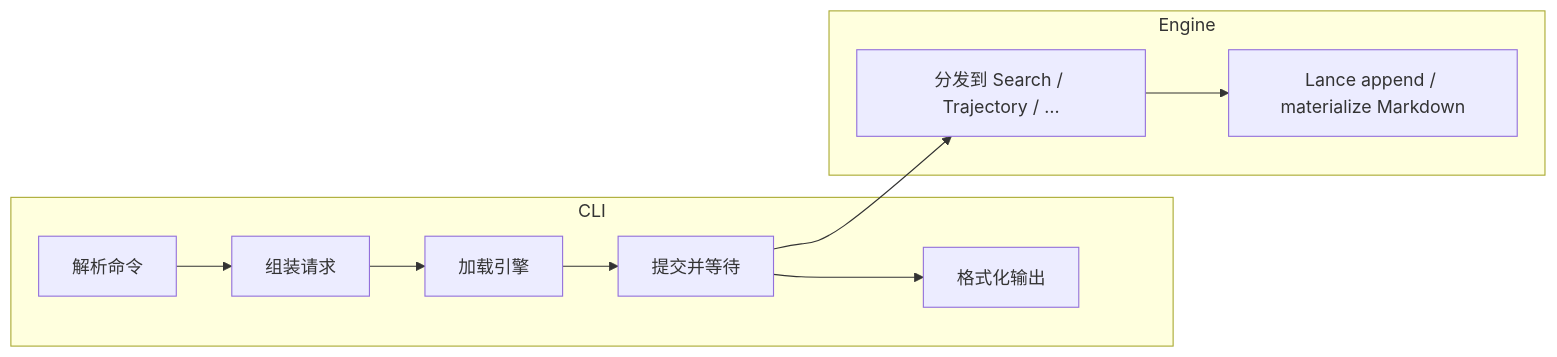
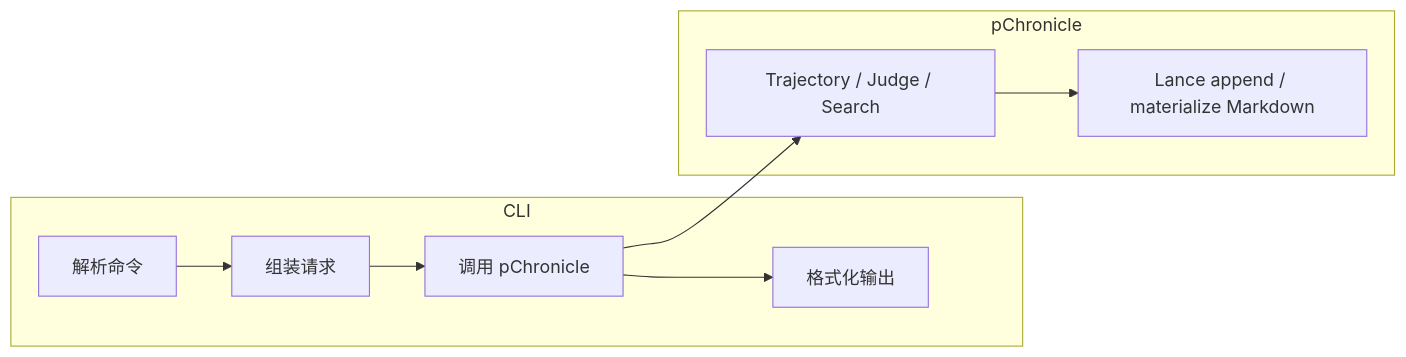
One commit to DeepLink-org/Persisting changed the diagram in docs/src/design/cli.md. Above: the diagram before and after it, drawn with Mermaid. The commit also changed other lines of this file and 236 other files, not shown here.

````diff
--- a/docs/src/design/cli.md
+++ b/docs/src/design/cli.md
@@ -135,13 +112,12 @@
 ```mermaid
 flowchart LR
   subgraph CLI
     A[解析命令] --> B[组装请求]
-    B --> C[加载引擎]
-    C --> D[提交并等待]
+    B --> D[调用 pChronicle]
     D --> E[格式化输出]
   end
-  subgraph Engine
-    D --> F[分发到 Search / Trajectory / …]
+  subgraph pChronicle
+    D --> F[Trajectory / Judge / Search]
     F --> G[Lance append / materialize Markdown]
   end
 ```
````
